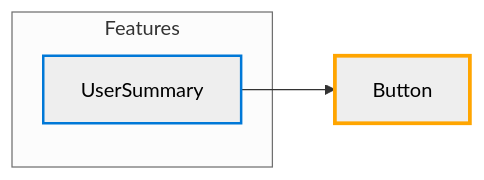
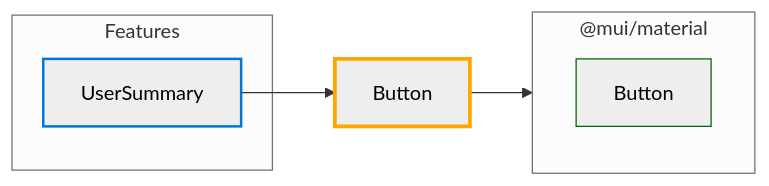
The diagram in test-project-import-analysis/hubs/Button.md (star4beam/react-package-analyzer), drawn with Mermaid (neutral theme) before and after one commit. The commit also changed other lines of this file and 5 other files, not shown here.

````diff
--- a/test-project-import-analysis/hubs/Button.md
+++ b/test-project-import-analysis/hubs/Button.md
@@ -15,27 +15,34 @@
 ```mermaid
 flowchart LR
     %% Node styles
     classDef feature stroke:#0078d7,stroke-width:2px
     classDef currentHub stroke:#ffa500,stroke-width:3px
     classDef main stroke:#d04a02,stroke-width:2px
     classDef intermediate stroke:#7e6000,stroke-width:2px
     classDef base stroke:#006400,stroke-width:2px
     classDef component stroke:#006400,stroke-width:1px
 
     %% Link styles
     linkStyle default stroke:#333,stroke-width:1px
     %% Use different arrow styles for dependency types
     %% Direct: solid line, Indirect: dashed line, Both: thick solid line
 
     hub_Button["Button"]
     class hub_Button currentHub
 
     %% Features that use this hub (directly or indirectly)
     subgraph Features["Features"]
         feature_UserSummary["UserSummary"]
         class feature_UserSummary feature
     end
 
     feature_UserSummary --> hub_Button
+    %% Components directly used by this hub
+    subgraph pkg__mui_material["@mui/material"]
+        comp__mui_material_Button["Button"]
+        class comp__mui_material_Button component
+    end
+    hub_Button --> pkg__mui_material
+
     %% Direct hub-to-hub connections
 ```
````
